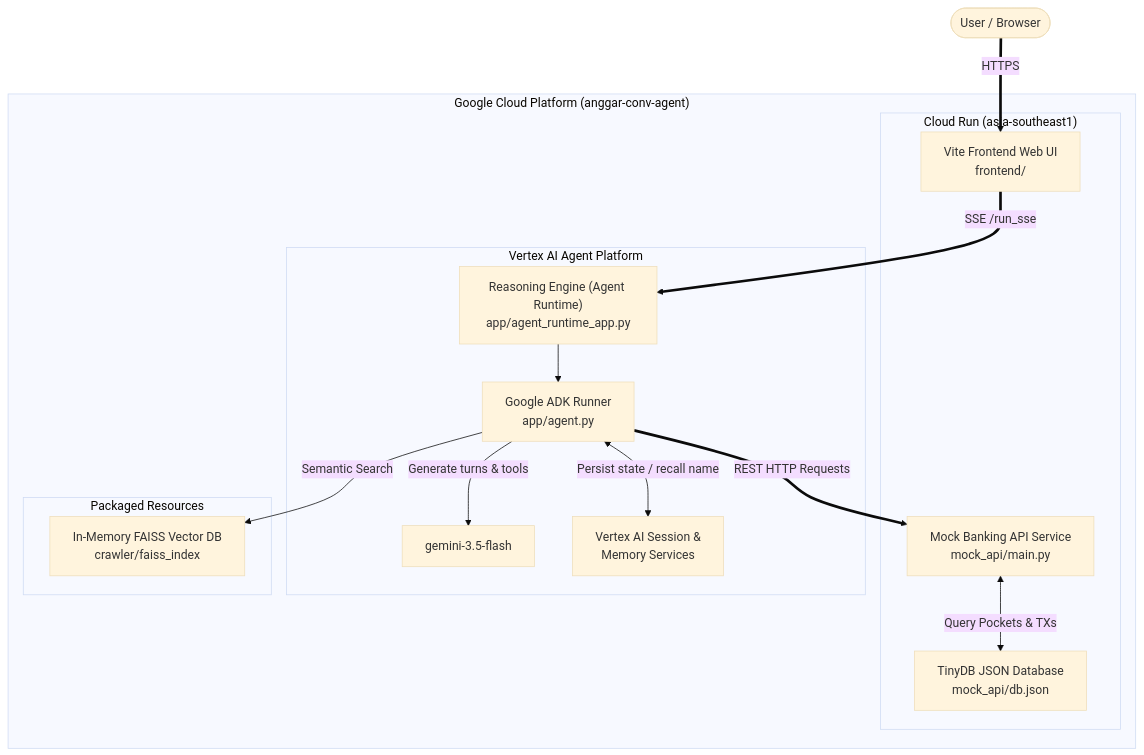
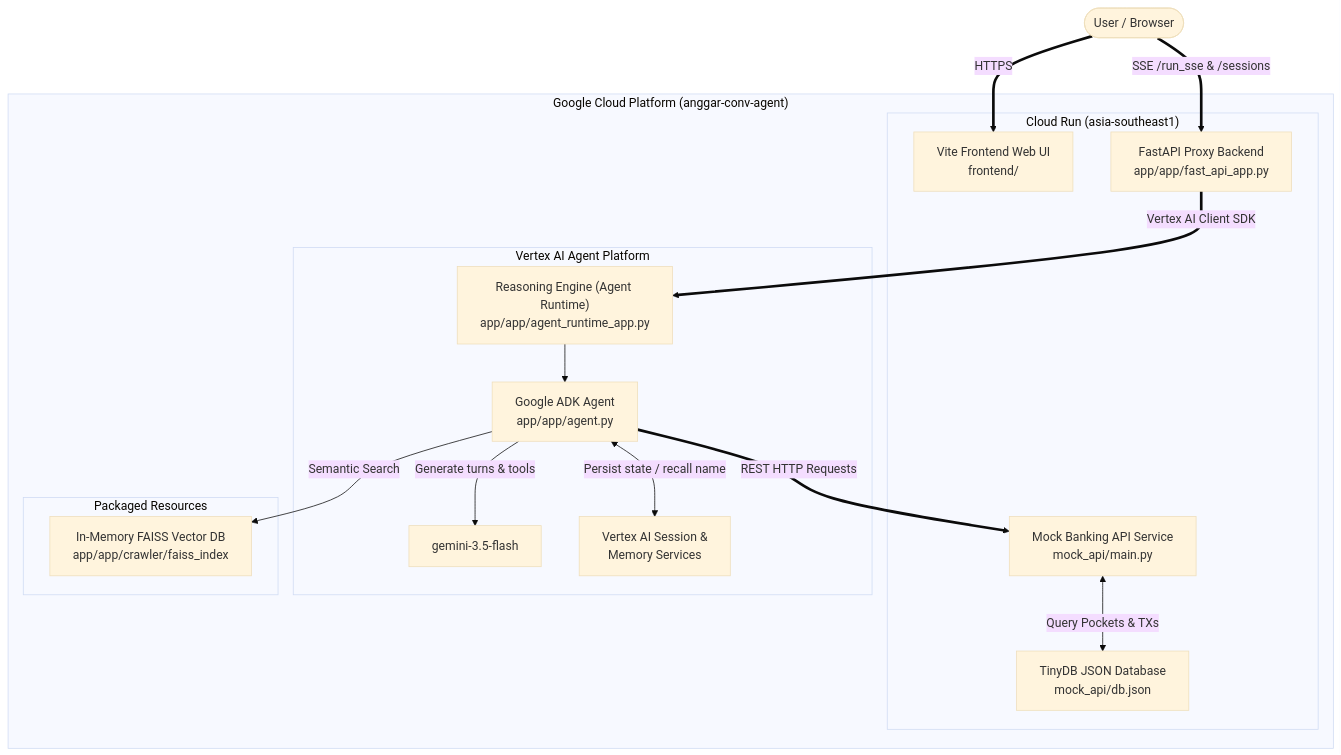
The first of 2 diagrams in README.md (amura2406/bank-makmur-adk), drawn with Mermaid (base theme) before and after one commit. The commit also changed other lines of this file and 1 other file, not shown here.

Commit message:
Update architecture and message execution diagrams in README

````diff
--- a/README.md
+++ b/README.md
@@ -13,32 +13,34 @@
 ```mermaid
 graph TD
     User([User / Browser])
     
     subgraph GCP ["Google Cloud Platform (anggar-conv-agent)"]
         subgraph CloudRun ["Cloud Run (asia-southeast1)"]
             Frontend["Vite Frontend Web UI<br>frontend/"]
+            BackendProxy["FastAPI Proxy Backend<br>app/app/fast_api_app.py"]
             MockAPI["Mock Banking API Service<br>mock_api/main.py"]
             DB["TinyDB JSON Database<br>mock_api/db.json"]
         end
 
         subgraph VertexAI ["Vertex AI Agent Platform"]
-            RE["Reasoning Engine (Agent Runtime)<br>app/agent_runtime_app.py"]
-            ADK["Google ADK Runner<br>app/agent.py"]
+            RE["Reasoning Engine (Agent Runtime)<br>app/app/agent_runtime_app.py"]
+            ADK["Google ADK Agent<br>app/app/agent.py"]
             LLM["gemini-3.5-flash"]
             Memory["Vertex AI Session &<br>Memory Services"]
         end
         
         subgraph PackagedResources ["Packaged Resources"]
-            FAISS["In-Memory FAISS Vector DB<br>crawler/faiss_index"]
+            FAISS["In-Memory FAISS Vector DB<br>app/app/crawler/faiss_index"]
         end
     end
 
     User ==>|HTTPS| Frontend
-    Frontend ==>|SSE /run_sse| RE
+    User ==>|SSE /run_sse & /sessions| BackendProxy
+    BackendProxy ==>|Vertex AI Client SDK| RE
     RE --> ADK
     ADK -->|Generate turns & tools| LLM
     ADK <-->|Persist state / recall name| Memory
     ADK -->|Semantic Search| FAISS
     ADK ==>|REST HTTP Requests| MockAPI
     MockAPI <-->|Query Pockets & TXs| DB
 ```
````
